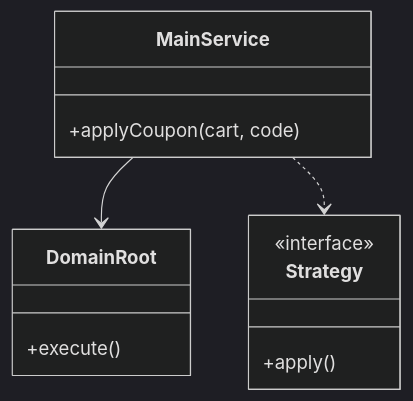
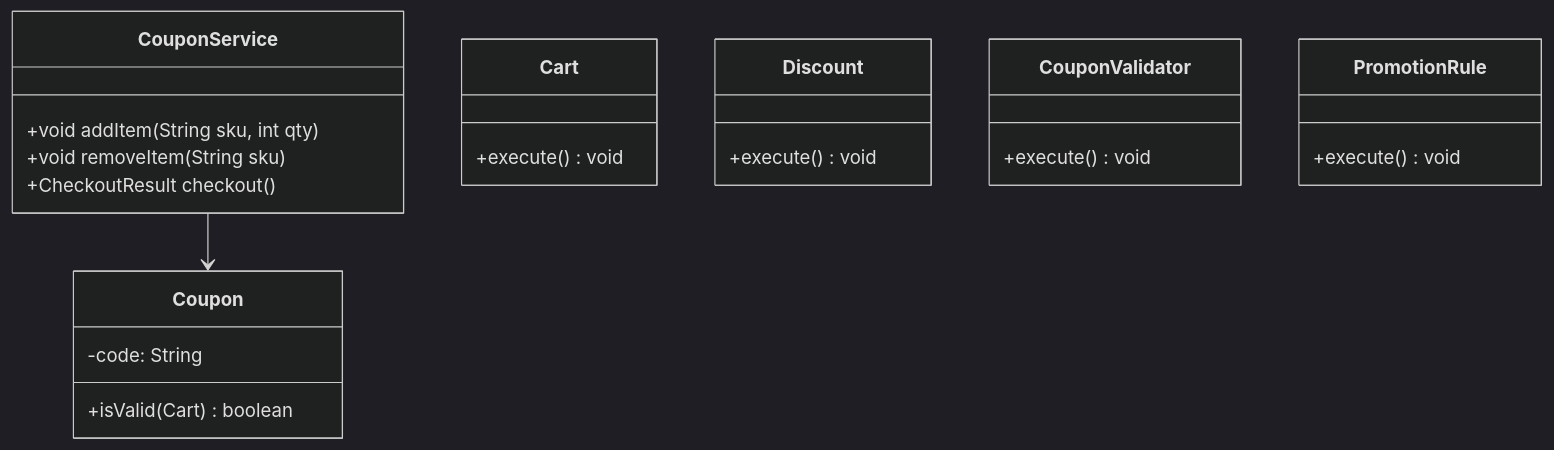
One commit to madhupaila/Interview-Prep-SSE changed the first of 3 diagrams in Learn/System Design - Low Level Design/02-classic-ood/questions/Q49-coupon-engine.md. Above: the diagram before and after it, drawn with Mermaid (dark theme). The commit also changed other lines of this file and 491 other files, not shown here.

````diff
--- a/Learn/System Design - Low Level Design/02-classic-ood/questions/Q49-coupon-engine.md
+++ b/Learn/System Design - Low Level Design/02-classic-ood/questions/Q49-coupon-engine.md
@@ -74,15 +92,25 @@
 ```mermaid
 classDiagram
-    class MainService {
-        +applyCoupon(cart, code)
+    class CouponService {
+        +void addItem(String sku, int qty)
+        +void removeItem(String sku)
+        +CheckoutResult checkout()
     }
-    class DomainRoot {
-        +execute()
+    class Coupon {
+        -code: String
+        +isValid(Cart) boolean
     }
-    class Strategy {
-        <<interface>>
-        +apply()
+    class Cart {
+        +execute() void
     }
-    MainService --> DomainRoot
-    MainService ..> Strategy
+    class Discount {
+        +execute() void
+    }
+    class CouponValidator {
+        +execute() void
+    }
+    class PromotionRule {
+        +execute() void
+    }
+    CouponService --> Coupon
 ```
````
